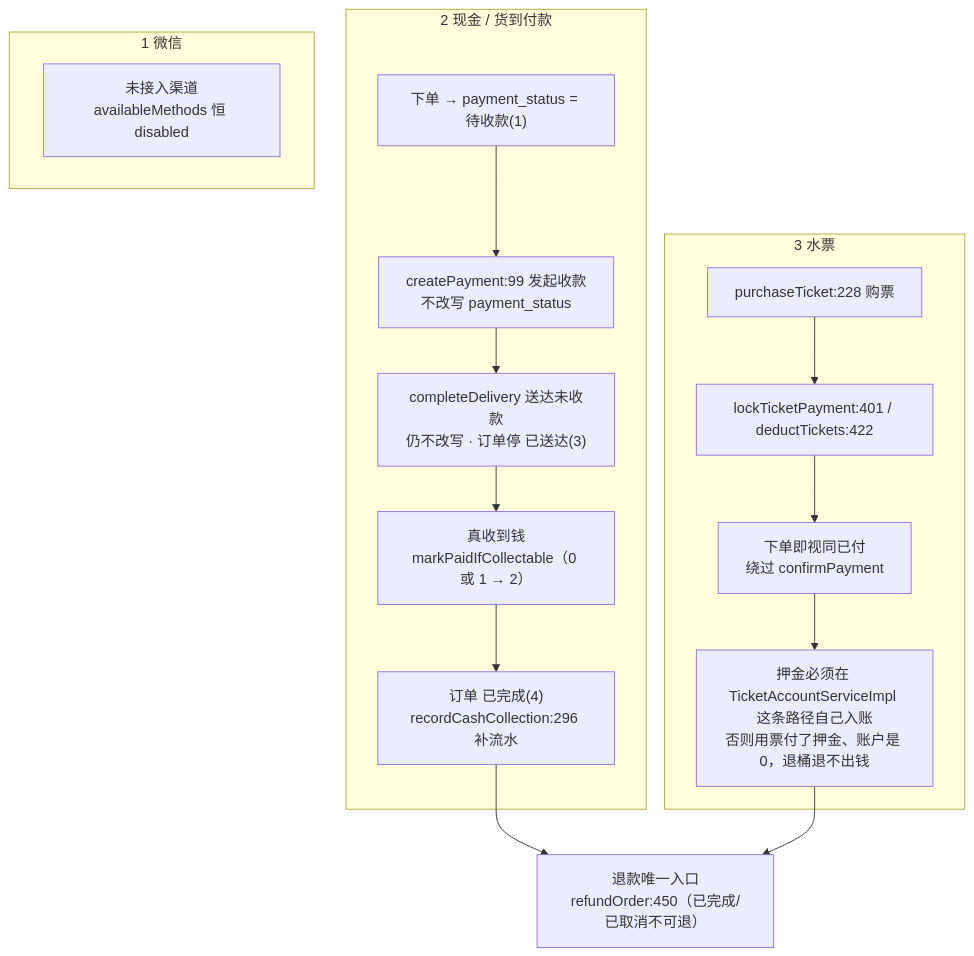
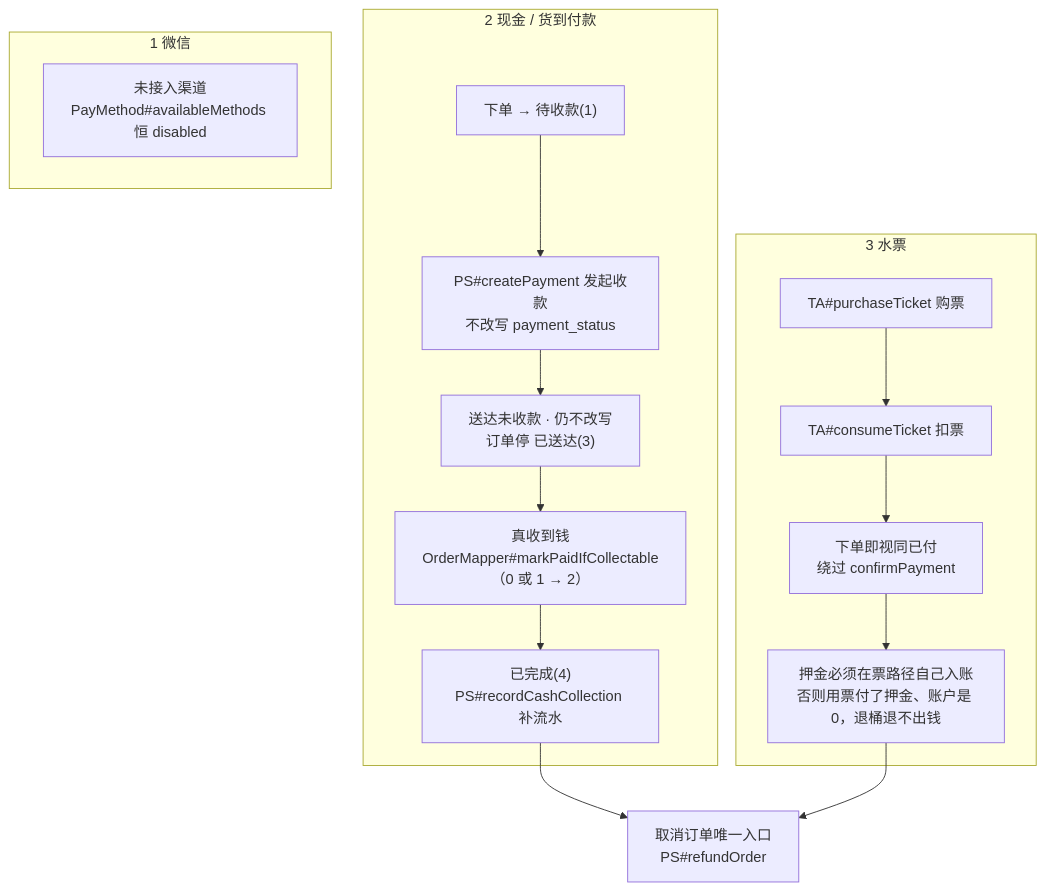
The fourth of 10 diagrams in docs/design/15-业务流程地图.md (rumiasu/AquaFlow), drawn with Mermaid before and after one commit. The commit also changed other lines of this file and 54 other files, not shown here.

````diff
--- a/docs/design/15-业务流程地图.md
+++ b/docs/design/15-业务流程地图.md
@@ -175,19 +143,19 @@
 ```mermaid
 flowchart TD
   subgraph CASH["2 现金 / 货到付款"]
-    A1["下单 → payment_status = 待收款(1)"] --> A2["createPayment:99 发起收款<br/>不改写 payment_status"]
-    A2 --> A3["completeDelivery 送达未收款<br/>仍不改写 · 订单停 已送达(3)"]
-    A3 --> A4["真收到钱<br/>markPaidIfCollectable（0 或 1 → 2）"]
-    A4 --> A5["订单 已完成(4)<br/>recordCashCollection:296 补流水"]
+    A1["下单 → 待收款(1)"] --> A2["PS#createPayment 发起收款<br/>不改写 payment_status"]
+    A2 --> A3["送达未收款 · 仍不改写<br/>订单停 已送达(3)"]
+    A3 --> A4["真收到钱<br/>OrderMapper#markPaidIfCollectable（0 或 1 → 2）"]
+    A4 --> A5["已完成(4)<br/>PS#recordCashCollection 补流水"]
   end
   subgraph TICKET["3 水票"]
-    B1["purchaseTicket:228 购票"] --> B2["lockTicketPayment:401 / deductTickets:422"]
+    B1["TA#purchaseTicket 购票"] --> B2["TA#consumeTicket 扣票"]
     B2 --> B3["下单即视同已付<br/>绕过 confirmPayment"]
-    B3 --> B4["押金必须在 TicketAccountServiceImpl 这条路径自己入账<br/>否则用票付了押金、账户是 0，退桶退不出钱"]
+    B3 --> B4["押金必须在票路径自己入账<br/>否则用票付了押金、账户是 0，退桶退不出钱"]
   end
   subgraph WECHAT["1 微信"]
-    C1["未接入渠道<br/>availableMethods 恒 disabled"]
+    C1["未接入渠道<br/>PayMethod#availableMethods 恒 disabled"]
   end
-  A5 --> RF["退款唯一入口<br/>refundOrder:450（已完成/已取消不可退）"]
+  A5 --> RF["取消订单唯一入口<br/>PS#refundOrder"]
   B4 --> RF
 ```
````
